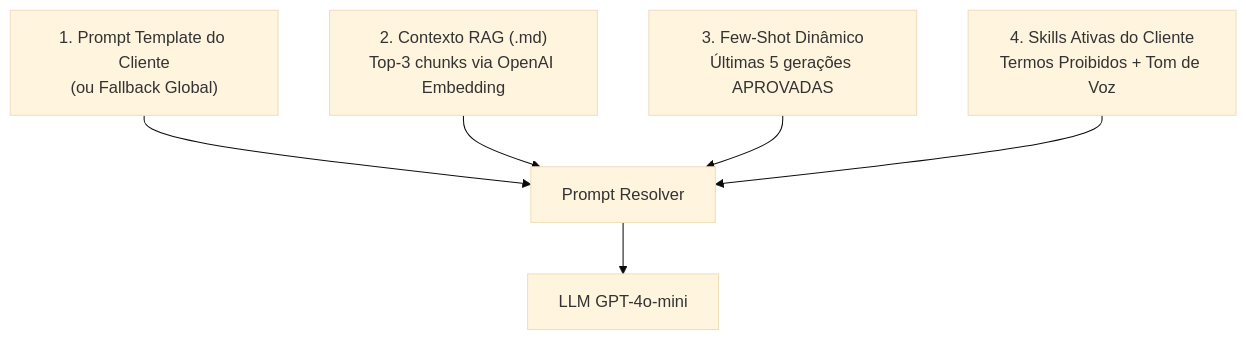
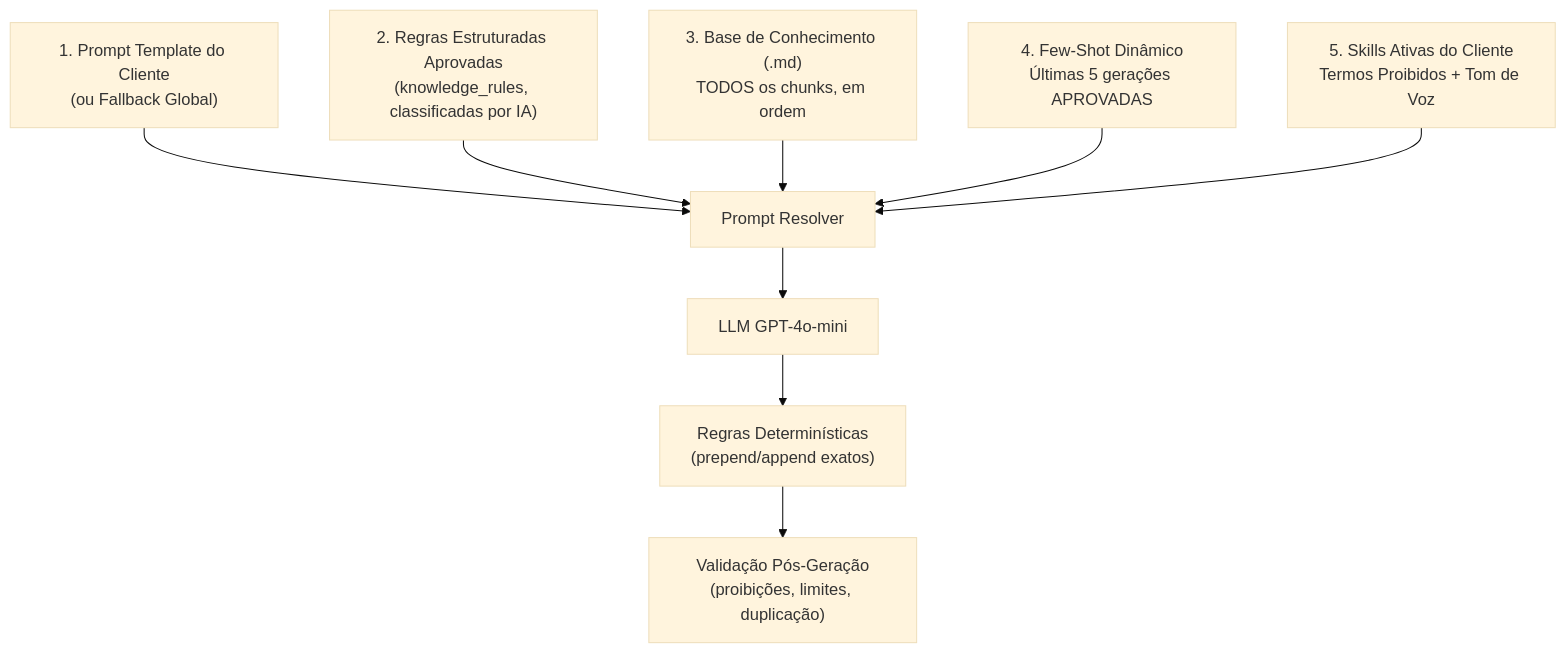
One commit to projetosmarcaseleta/Melhoria-IA changed the diagram in AGENTS.md. Above: the diagram before and after it, drawn with Mermaid (base theme). The commit also changed other lines of this file and 29 other files, not shown here.

````diff
--- a/AGENTS.md
+++ b/AGENTS.md
@@ -32,8 +34,11 @@
 ```mermaid
 graph TB
     A["1. Prompt Template do Cliente<br>(ou Fallback Global)"] --> E["Prompt Resolver"]
-    B["2. Contexto RAG (.md)<br>Top-3 chunks via OpenAI Embedding"] --> E
-    C["3. Few-Shot Dinâmico<br>Últimas 5 gerações APROVADAS"] --> E
-    D["4. Skills Ativas do Cliente<br>Termos Proibidos + Tom de Voz"] --> E
+    B["2. Regras Estruturadas Aprovadas<br>(knowledge_rules, classificadas por IA)"] --> E
+    C["3. Base de Conhecimento (.md)<br>TODOS os chunks, em ordem"] --> E
+    D["4. Few-Shot Dinâmico<br>Últimas 5 gerações APROVADAS"] --> E
+    G["5. Skills Ativas do Cliente<br>Termos Proibidos + Tom de Voz"] --> E
     E --> F["LLM GPT-4o-mini"]
+    F --> H["Regras Determinísticas<br>(prepend/append exatos)"]
+    H --> I["Validação Pós-Geração<br>(proibições, limites, duplicação)"]
 ```
````
